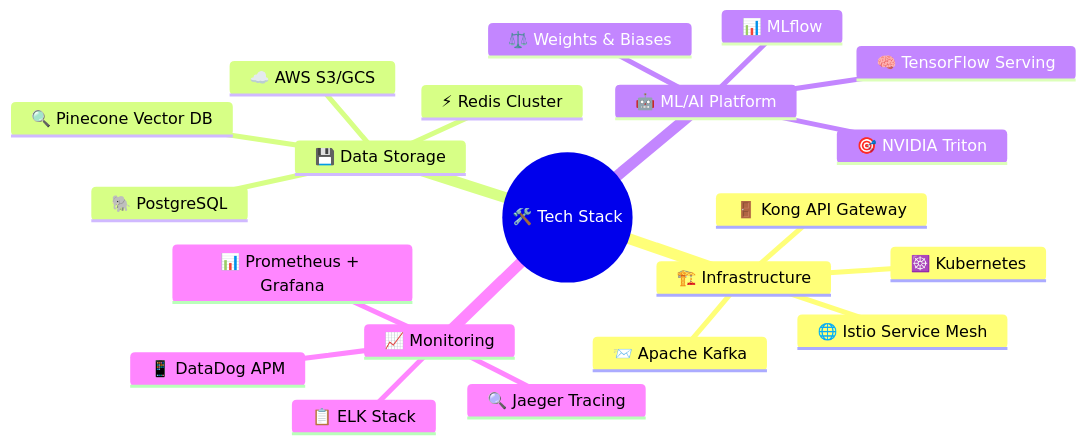
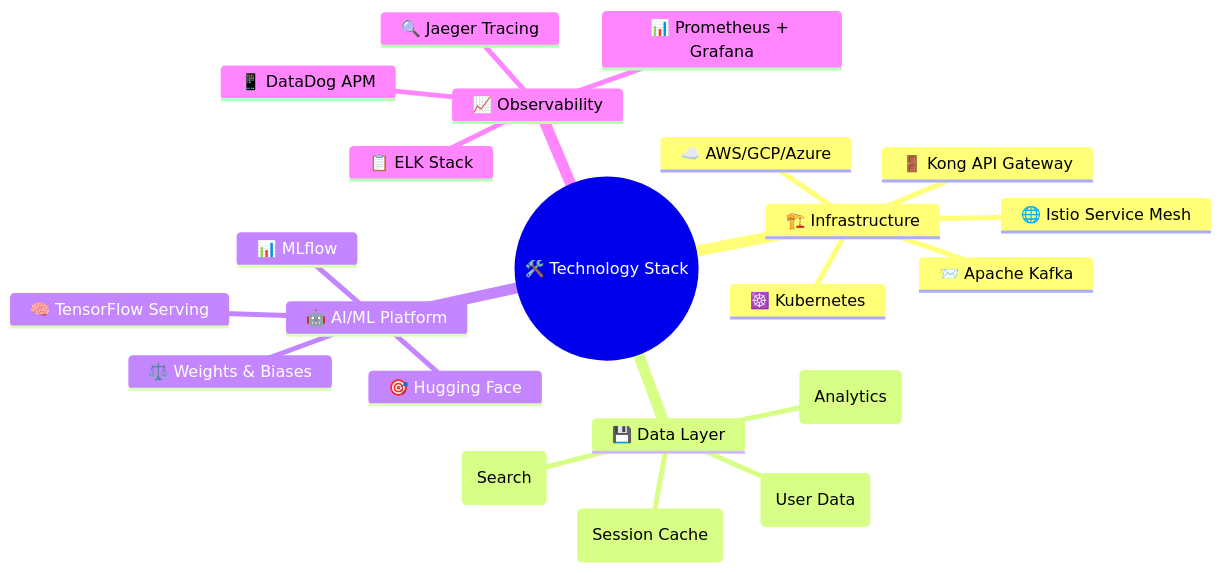
Before and after one commit to KaifAhmad1/memorae: the eighth of 9 diagrams in README.md, drawn with Mermaid. The commit also changed other lines of this file, not shown here.

````diff
--- a/README.md
+++ b/README.md
@@ -547,24 +456,25 @@
 ```mermaid
 mindmap
-  root((🛠️ Tech Stack))
+  root((🛠️ Technology Stack))
     🏗️ Infrastructure
       ☸️ Kubernetes
       🌐 Istio Service Mesh
       📨 Apache Kafka
       🚪 Kong API Gateway
-    💾 Data Storage
-      🐘 PostgreSQL
-      ⚡ Redis Cluster
-      🔍 Pinecone Vector DB
-      ☁️ AWS S3/GCS
-    🤖 ML/AI Platform
+      ☁️ AWS/GCP/Azure
+    💾 Data Layer
+      🐘 PostgreSQL (User Data)
+      ⚡ Redis (Session Cache)
+      🔍 Elasticsearch (Search)
+      📊 ClickHouse (Analytics)
+    🤖 AI/ML Platform
       🧠 TensorFlow Serving
       📊 MLflow
-      🎯 NVIDIA Triton
+      🎯 Hugging Face
       ⚖️ Weights & Biases
-    📈 Monitoring
+    📈 Observability
       📊 Prometheus + Grafana
       📋 ELK Stack
       🔍 Jaeger Tracing
       📱 DataDog APM
 ```
````
